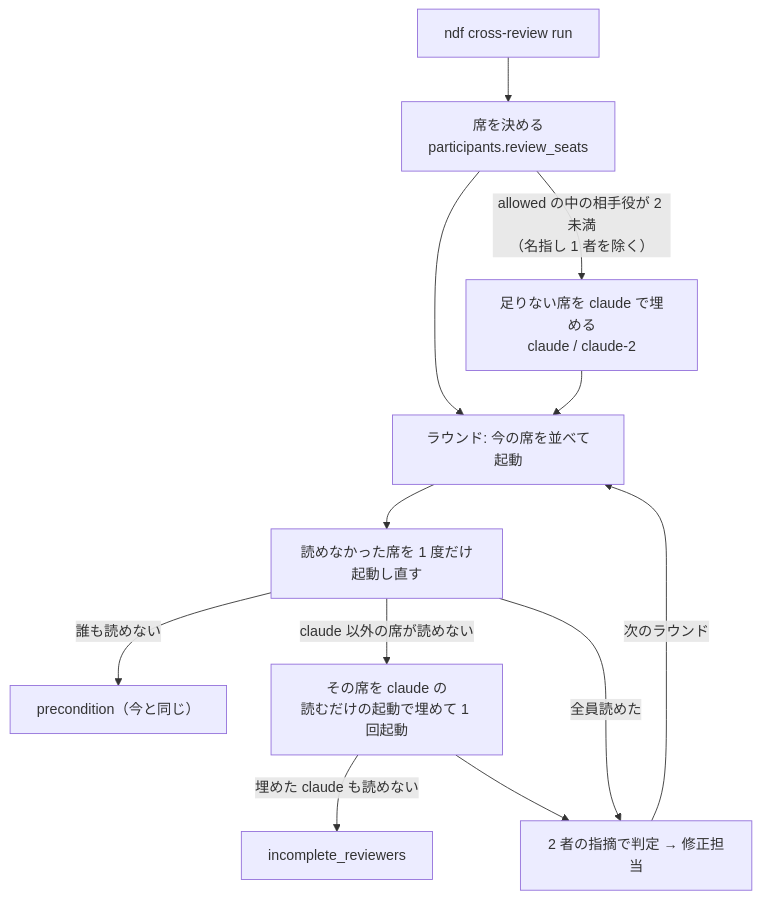
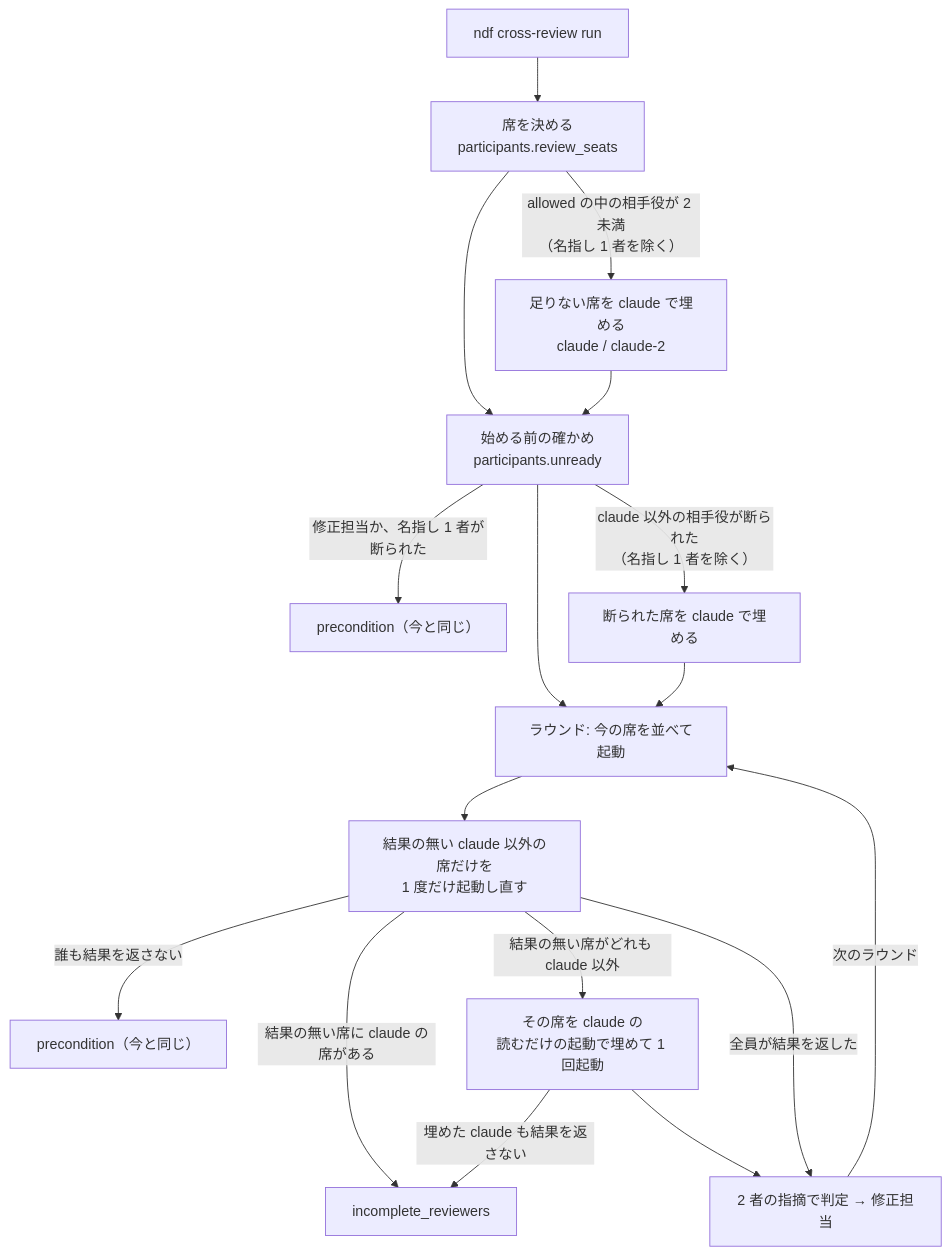
The second of 4 diagrams in issues/issue-3955-design.md (devbasex/ai-plugins), drawn with Mermaid before and after one commit. The commit also changed other lines of this file, not shown here.

First line of the commit message:
Docs: #3955 の設計で、席を埋める分岐の順・断られた担当・埋めた claude の差分を定める

````diff
--- a/issues/issue-3955-design.md
+++ b/issues/issue-3955-design.md
@@ -52,14 +53,19 @@
 ```mermaid
 graph TD
   A["ndf cross-review run"] --> B["席を決める<br/>participants.review_seats"]
   B -->|"allowed の中の相手役が 2 未満<br/>（名指し 1 者を除く）"| B2["足りない席を claude で埋める<br/>claude / claude-2"]
-  B --> C["ラウンド: 今の席を並べて起動"]
-  B2 --> C
-  C --> D["読めなかった席を 1 度だけ起動し直す"]
-  D -->|"誰も読めない"| X2["precondition（今と同じ）"]
-  D -->|"claude 以外の席が読めない"| F["その席を claude の<br/>読むだけの起動で埋めて 1 回起動"]
-  F -->|"埋めた claude も読めない"| X3["incomplete_reviewers"]
+  B --> U["始める前の確かめ<br/>participants.unready"]
+  B2 --> U
+  U -->|"修正担当か、名指し 1 者が断られた"| X0["precondition（今と同じ）"]
+  U -->|"claude 以外の相手役が断られた<br/>（名指し 1 者を除く）"| B3["断られた席を claude で埋める"]
+  U --> C["ラウンド: 今の席を並べて起動"]
+  B3 --> C
+  C --> D["結果の無い claude 以外の席だけを<br/>1 度だけ起動し直す"]
+  D -->|"誰も結果を返さない"| X2["precondition（今と同じ）"]
+  D -->|"結果の無い席に claude の席がある"| X3["incomplete_reviewers"]
+  D -->|"結果の無い席がどれも claude 以外"| F["その席を claude の<br/>読むだけの起動で埋めて 1 回起動"]
+  F -->|"埋めた claude も結果を返さない"| X3
   F --> E["2 者の指摘で判定 → 修正担当"]
-  D -->|"全員読めた"| E
+  D -->|"全員が結果を返した"| E
   E -->|"次のラウンド"| C
 ```
````
